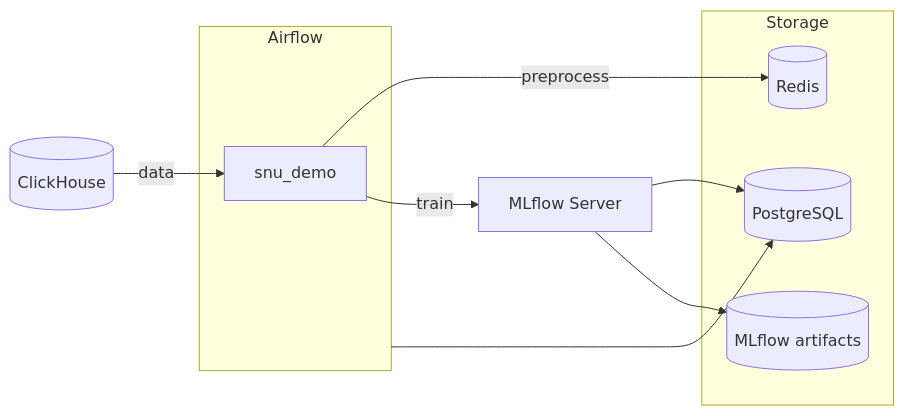
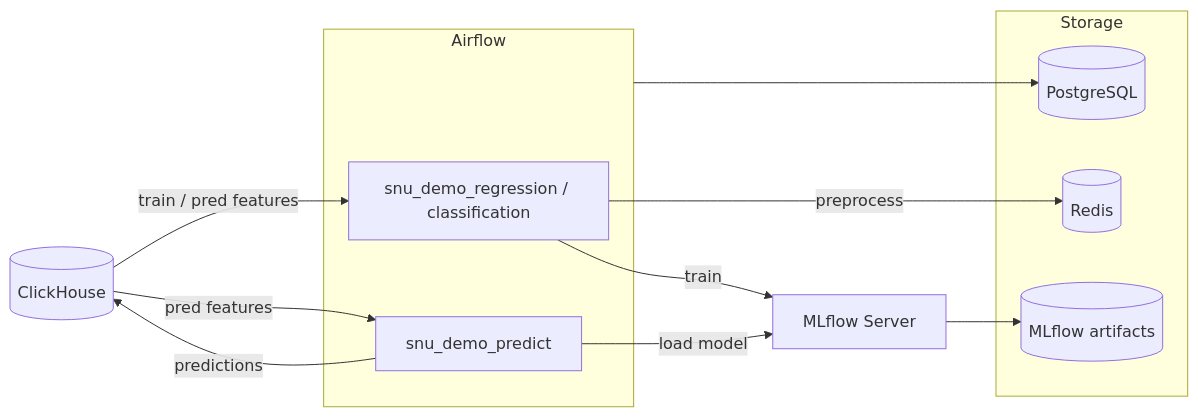
One commit to mishafoniakov/test_mlops_mlflow changed the diagram in README.md. Above: the diagram before and after it, drawn with Mermaid. The commit also changed other lines of this file, not shown here.

````diff
--- a/README.md
+++ b/README.md
@@ -9,22 +15,25 @@
 ```mermaid
 flowchart LR
     CH[(ClickHouse)]
     subgraph Airflow
-        DAG[snu_demo]
+        Train[snu_demo_regression / classification]
+        Pred[snu_demo_predict]
     end
 
     subgraph Storage
         PG[(PostgreSQL)]
         Redis[(Redis)]
         Artifacts[(MLflow artifacts)]
     end
 
     MLflow[MLflow Server]
 
-    CH -->|data| DAG
-    DAG -->|preprocess| Redis
-    DAG -->|train| MLflow
-    MLflow --> PG
+    CH -->|train / pred features| Train
+    CH -->|pred features| Pred
+    Train -->|preprocess| Redis
+    Train -->|train| MLflow
+    Pred -->|load model| MLflow
+    Pred -->|predictions| CH
     MLflow --> Artifacts
     Airflow --> PG
 ```
````
